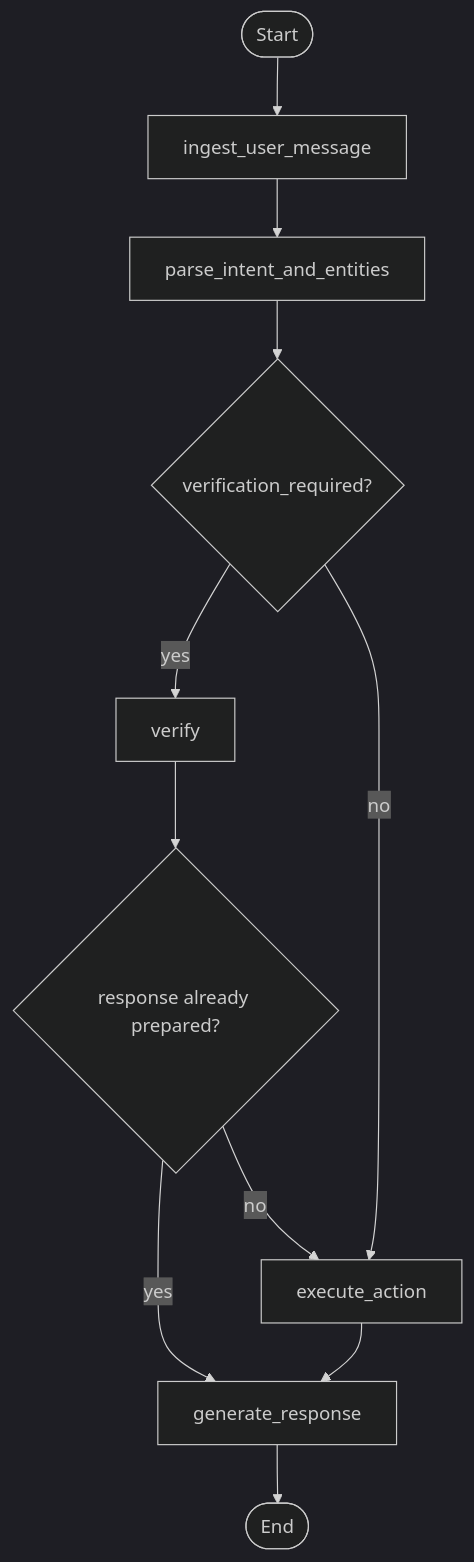
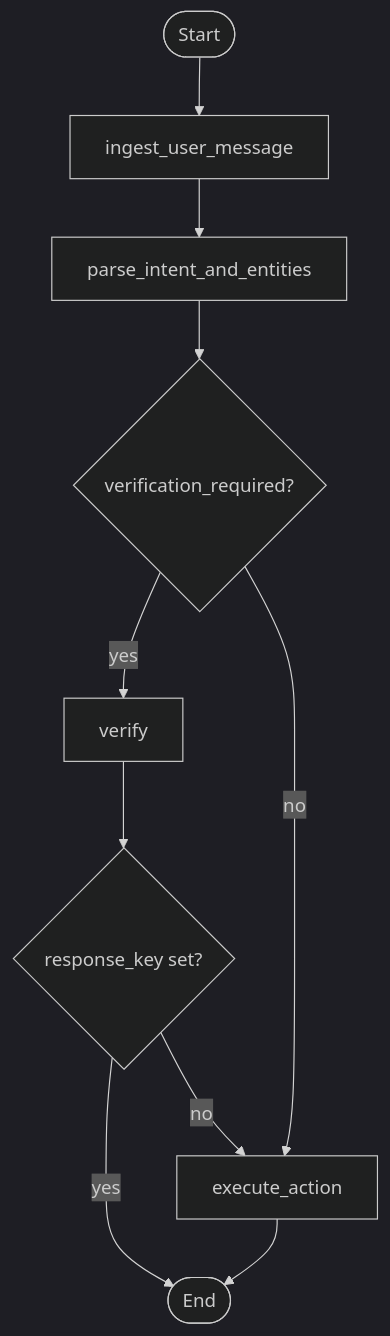
The diagram in docs/graph.md (ktakanopy/appointment-bot), drawn with Mermaid (dark theme) before and after one commit. The commit also changed other lines of this file and 85 other files, not shown here.

````diff
--- a/docs/graph.md
+++ b/docs/graph.md
@@ -3,13 +3,12 @@
 ```mermaid
 flowchart TD
     start([Start]) --> ingest[ingest_user_message]
     ingest --> interpret[parse_intent_and_entities]
     interpret --> need_verify{verification_required?}
     need_verify -->|yes| verify[verify]
     need_verify -->|no| execute[execute_action]
-    verify --> ready_for_action{response already prepared?}
-    ready_for_action -->|yes| respond[generate_response]
-    ready_for_action -->|no| execute
-    execute --> respond[generate_response]
-    respond --> finish([End])
+    verify --> readyForAction{response_key set?}
+    readyForAction -->|yes| finish([End])
+    readyForAction -->|no| execute
+    execute --> finish
 ```
````
